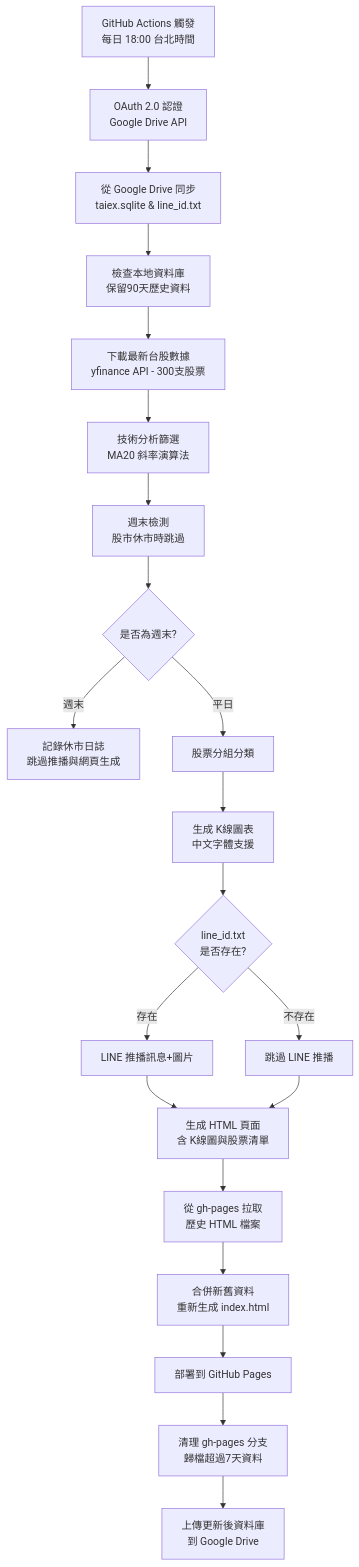
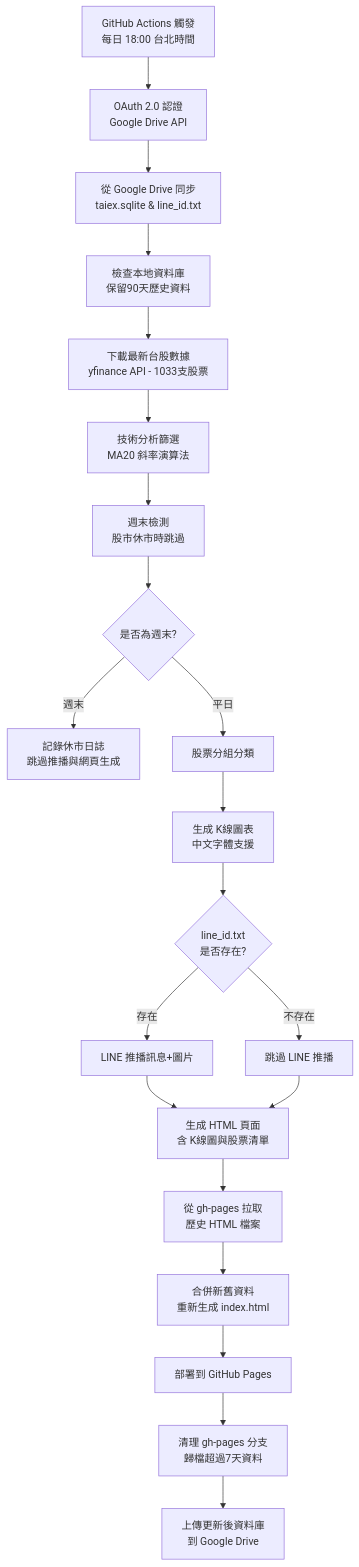
Before and after one commit to YanShuoPan/Qtrading: the diagram in README.md, drawn with Mermaid. The commit also changed other lines of this file, not shown here.

````diff
--- a/README.md
+++ b/README.md
@@ -67,23 +67,23 @@
 ```mermaid
 graph TD
     A[GitHub Actions 觸發<br/>每日 18:00 台北時間] --> B[OAuth 2.0 認證<br/>Google Drive API]
     B --> C[從 Google Drive 同步<br/>taiex.sqlite & line_id.txt]
     C --> D[檢查本地資料庫<br/>保留90天歷史資料]
-    D --> E[下載最新台股數據<br/>yfinance API - 300支股票]
+    D --> E[下載最新台股數據<br/>yfinance API - 1033支股票]
     E --> F[技術分析篩選<br/>MA20 斜率演算法]
     F --> G[週末檢測<br/>股市休市時跳過]
     G --> H{是否為週末?}
     H -->|週末| I[記錄休市日誌<br/>跳過推播與網頁生成]
     H -->|平日| J[股票分組分類]
     J --> K[生成 K線圖表<br/>中文字體支援]
     K --> L{line_id.txt<br/>是否存在?}
     L -->|存在| M[LINE 推播訊息+圖片]
     L -->|不存在| N[跳過 LINE 推播]
     M --> O[生成 HTML 頁面<br/>含 K線圖與股票清單]
     N --> O
     O --> P[從 gh-pages 拉取<br/>歷史 HTML 檔案]
     P --> Q[合併新舊資料<br/>重新生成 index.html]
     Q --> R[部署到 GitHub Pages]
     R --> S[清理 gh-pages 分支<br/>歸檔超過7天資料]
     S --> T[上傳更新後資料庫<br/>到 Google Drive]
 ```
````
